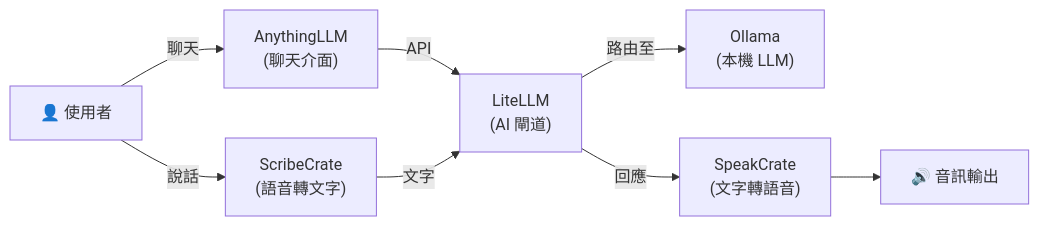
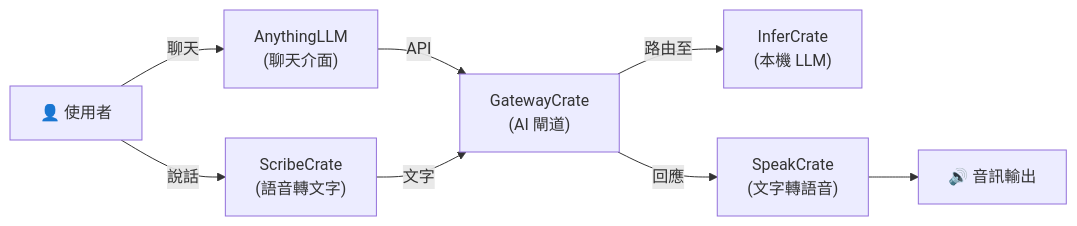
Before and after one commit to hwdsl2/self-hosted-ai-stack: the diagram in stacks/voice-chat/README-zh-Hant.md, drawn with Mermaid. The commit also changed other lines of this file and 47 other files, not shown here.

````diff
--- a/stacks/voice-chat/README-zh-Hant.md
+++ b/stacks/voice-chat/README-zh-Hant.md
@@ -17,10 +17,10 @@
 ```mermaid
 graph LR
     U["👤 使用者"] -->|聊天| A["AnythingLLM<br/>(聊天介面)"]
     U -->|說話| W["ScribeCrate<br/>(語音轉文字)"]
-    A -->|API| L["LiteLLM<br/>(AI 閘道)"]
-    L -->|路由至| O["Ollama<br/>(本機 LLM)"]
+    A -->|API| L["GatewayCrate<br/>(AI 閘道)"]
+    L -->|路由至| O["InferCrate<br/>(本機 LLM)"]
     L -->|回應| K["SpeakCrate<br/>(文字轉語音)"]
     K --> S["🔊 音訊輸出"]
     W -->|文字| L
 ```
````
